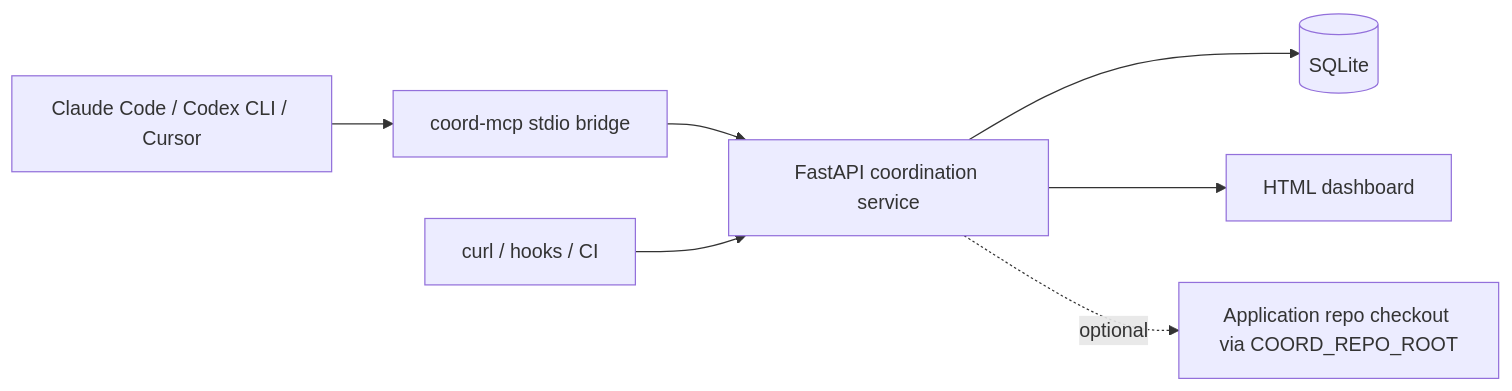
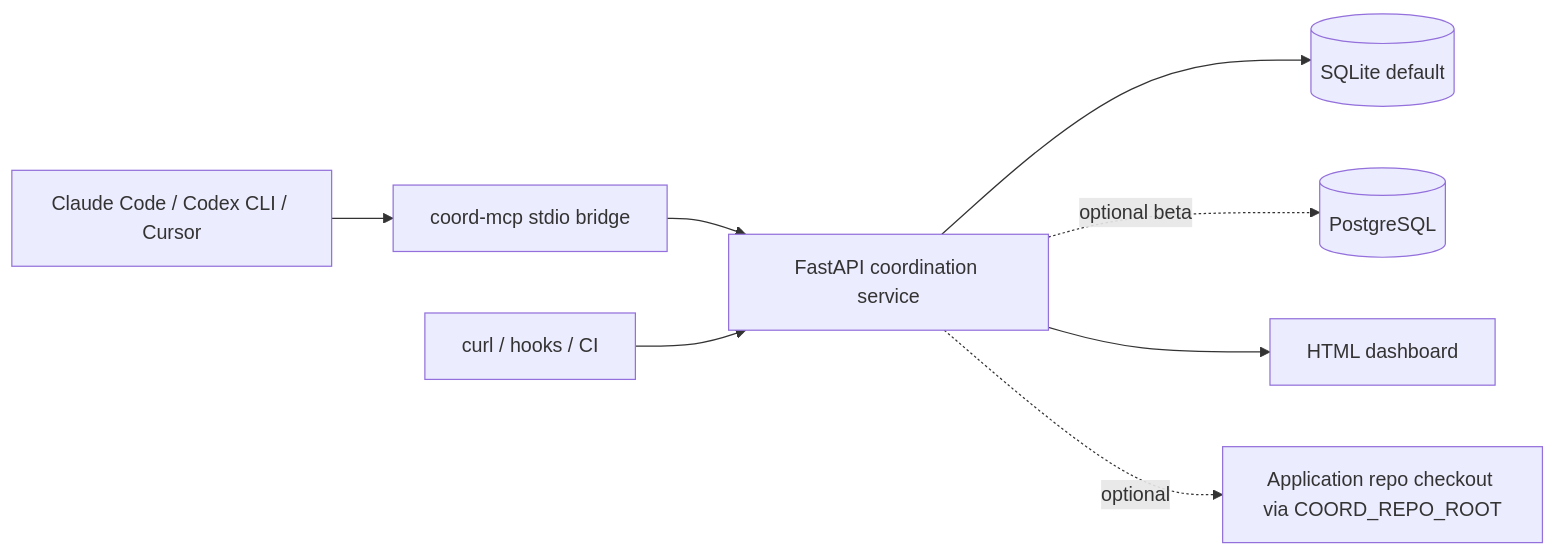
One commit to amittell/coord changed the first of 4 diagrams in docs/architecture.md. Above: the diagram before and after it, drawn with Mermaid. The commit also changed other lines of this file and 31 other files, not shown here.

````diff
--- a/docs/architecture.md
+++ b/docs/architecture.md
@@ -7,9 +7,10 @@
 ```mermaid
 flowchart LR
     A[Claude Code / Codex CLI / Cursor] --> B[coord-mcp stdio bridge]
     B --> C[FastAPI coordination service]
     D[curl / hooks / CI] --> C
-    C --> E[(SQLite)]
+    C --> E[(SQLite default)]
+    C -. optional beta .-> P[(PostgreSQL)]
     C --> F[HTML dashboard]
     C -. optional .-> G[Application repo checkout via COORD_REPO_ROOT]
 ```
````
